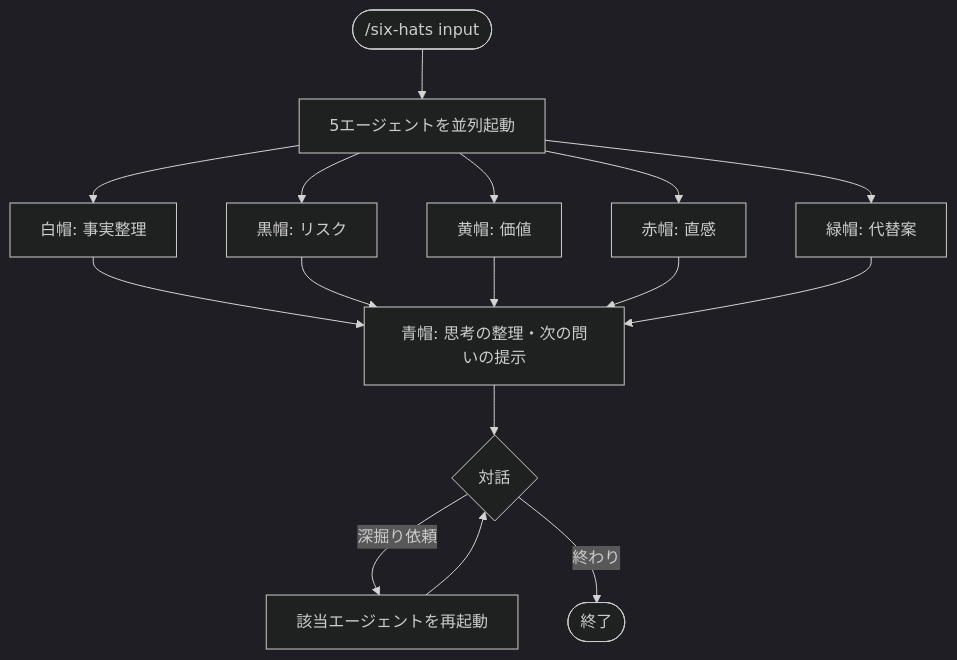
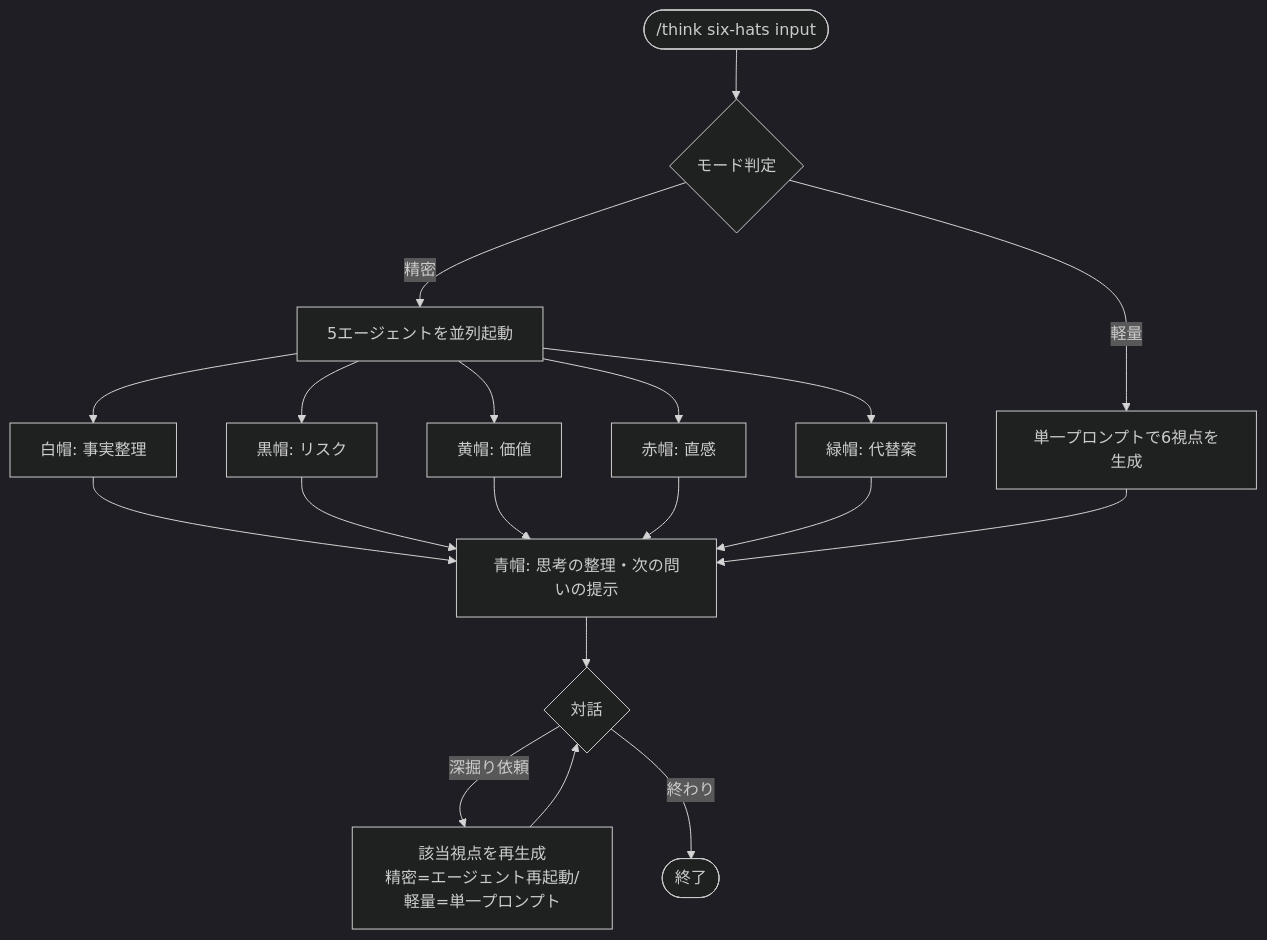
Before and after one commit to agaemo/dotfiles: the diagram in claude/skills/think/six-hats/README.md, drawn with Mermaid (dark theme). The commit also changed other lines of this file and 52 other files, not shown here.

````diff
--- a/claude/skills/think/six-hats/README.md
+++ b/claude/skills/think/six-hats/README.md
@@ -40,14 +47,17 @@
 ```mermaid
 flowchart TD
-    Start([/six-hats input]) --> P[5エージェントを並列起動]
+    Start([/think six-hats input]) --> ModeCheck{モード判定}
+    ModeCheck -- 軽量 --> Single[単一プロンプトで6視点を生成]
+    ModeCheck -- 精密 --> P[5エージェントを並列起動]
     P --> W[白帽: 事実整理]
     P --> B[黒帽: リスク]
     P --> Y[黄帽: 価値]
     P --> R[赤帽: 直感]
     P --> G[緑帽: 代替案]
     W & B & Y & R & G --> Blue[青帽: 思考の整理・次の問いの提示]
+    Single --> Blue
     Blue --> Dialog{対話}
-    Dialog -- 深掘り依頼 --> Rerun[該当エージェントを再起動]
+    Dialog -- 深掘り依頼 --> Rerun[該当視点を再生成\n精密=エージェント再起動/軽量=単一プロンプト]
     Rerun --> Dialog
     Dialog -- 終わり --> End([終了])
 ```
````
